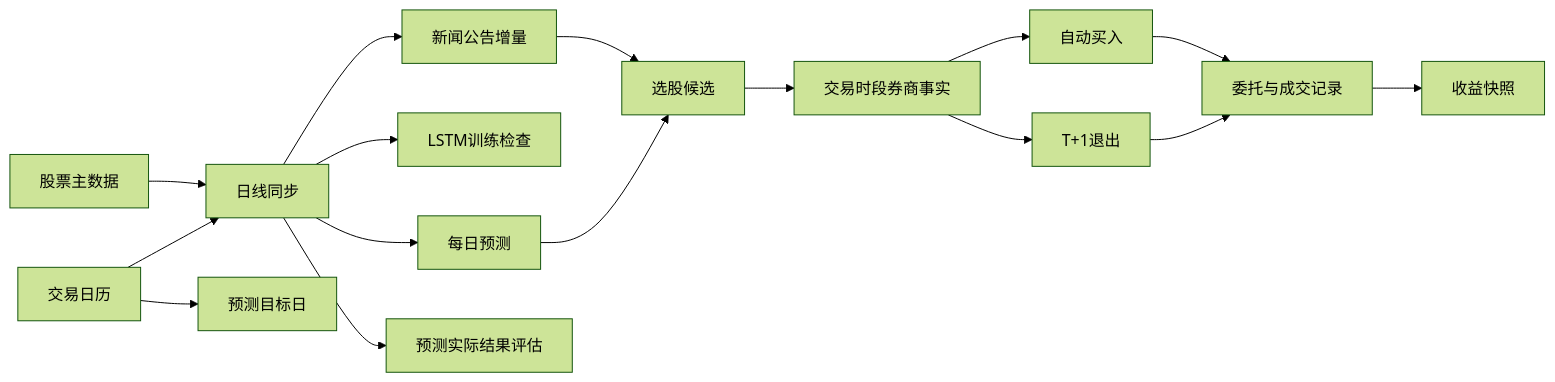
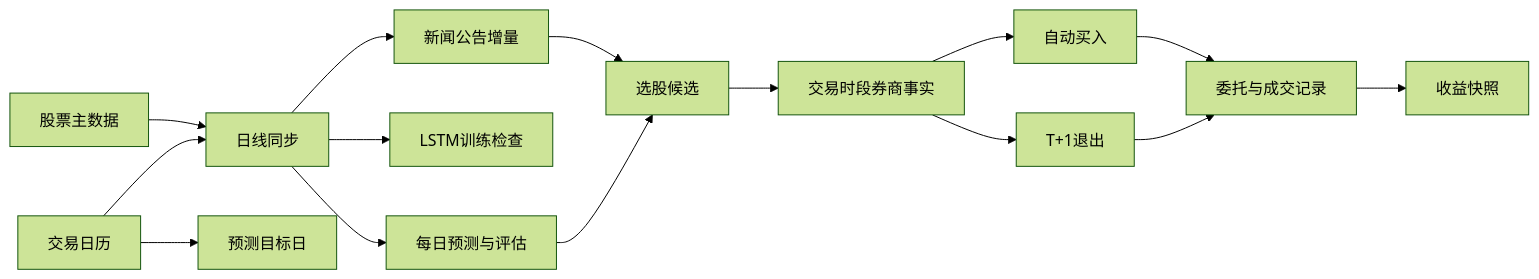
Before and after one commit to mwangli/stock-trading: the diagram in docs/04-交易执行/设计.md, drawn with Mermaid (forest theme). The commit also changed other lines of this file and 61 other files, not shown here.

````diff
--- a/docs/04-交易执行/设计.md
+++ b/docs/04-交易执行/设计.md
@@ -45,18 +44,17 @@
 ```mermaid
 flowchart LR
     A[股票主数据] --> B[日线同步]
     C[交易日历] --> B
     C --> D[预测目标日]
     B --> E[新闻公告增量]
     B --> F[LSTM训练检查]
-    B --> G[每日预测]
+    B --> G[每日预测与评估]
     E --> H[选股候选]
     G --> H
     H --> I[交易时段券商事实]
     I --> J[自动买入]
     I --> K[T+1退出]
     J --> L[委托与成交记录]
     K --> L
     L --> M[收益快照]
-    B --> N[预测实际结果评估]
 ```
````
